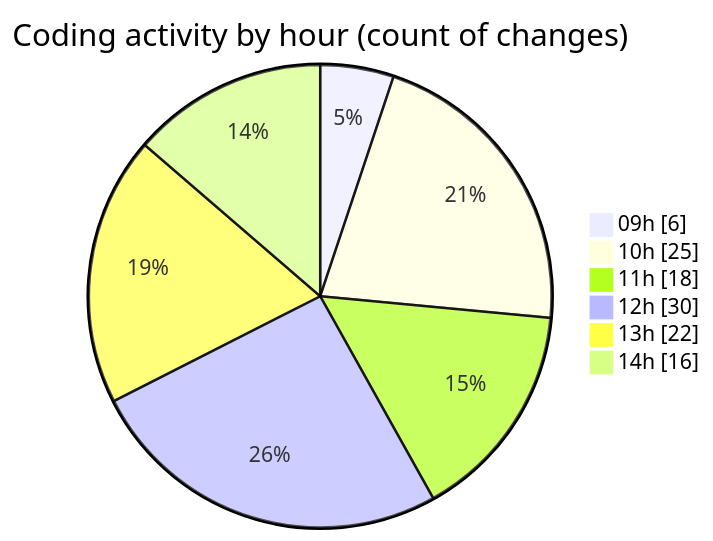
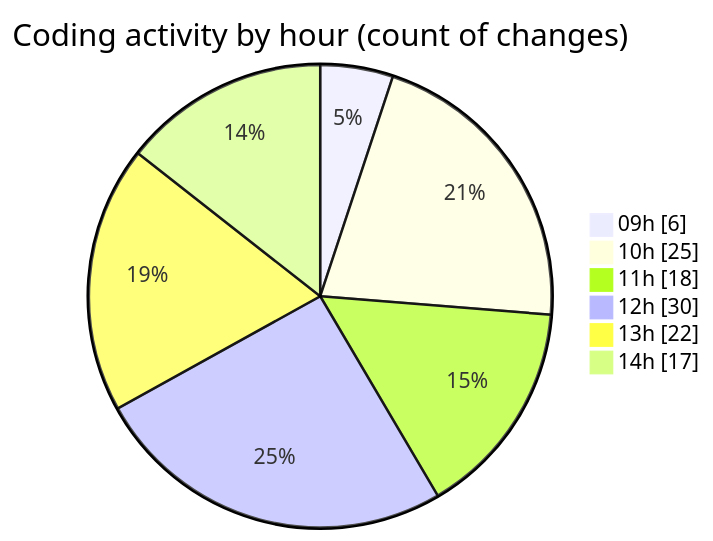
The second of 2 diagrams in 2026-10-30/cda/README.md (momahboobian/code-tracking), drawn with Mermaid before and after one commit. The commit also changed other lines of this file and 1 other file, not shown here.

````diff
--- a/2026-10-30/cda/README.md
+++ b/2026-10-30/cda/README.md
@@ -49,10 +49,10 @@
 ```mermaid
 pie showData
 title Coding activity by hour (count of changes)
 "09h" : 6
 "10h" : 25
 "11h" : 18
 "12h" : 30
 "13h" : 22
-"14h" : 16
+"14h" : 17
 ```
````
